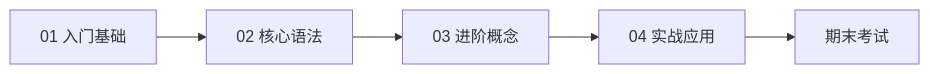
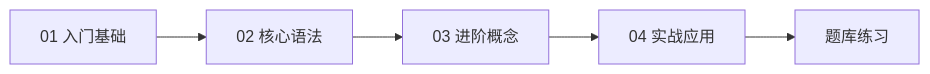
Before and after one commit to xiangjl623/Coder: the diagram in languages/c/README.md, drawn with Mermaid. The commit also changed other lines of this file and 22 other files, not shown here.

````diff
--- a/languages/c/README.md
+++ b/languages/c/README.md
@@ -7,7 +7,7 @@
 ```mermaid
 flowchart LR
     A[01 入门基础] --> B[02 核心语法]
     B --> C[03 进阶概念]
     C --> D[04 实战应用]
-    D --> E[期末考试]
+    D --> E[题库练习]
 ```
````
